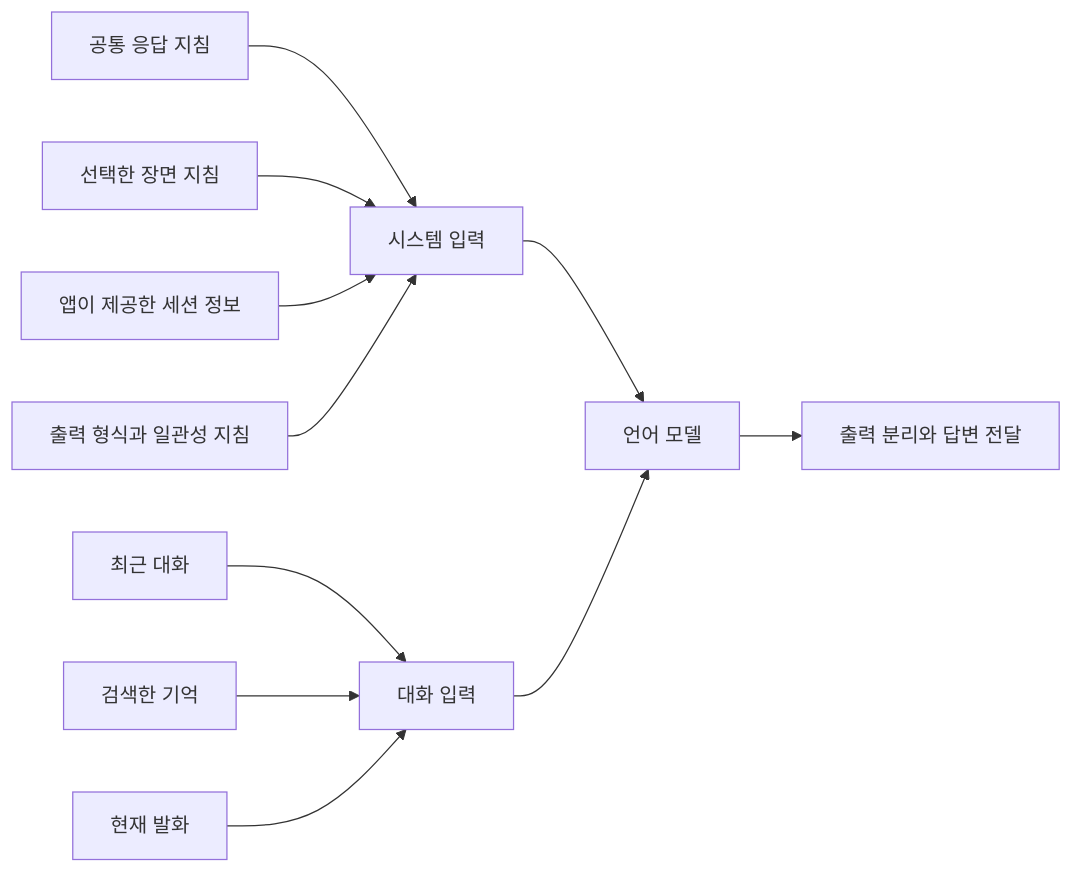
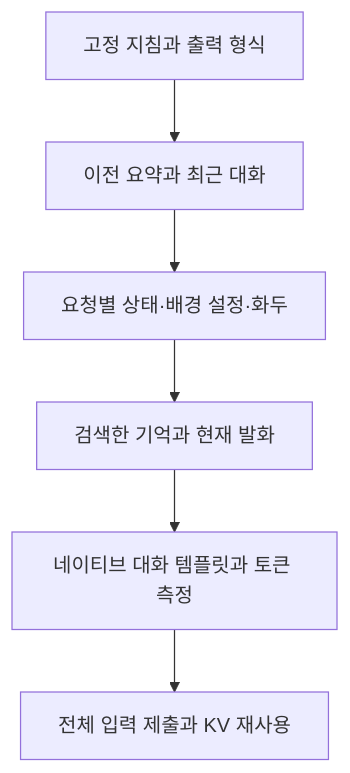
Before and after one commit to pysunn14/docs-beolmuri-ai: the diagram in src/content/docs/technical-series/dialogue/response-construction.md, drawn with Mermaid. The commit also changed other lines of this file and 21 other files, not shown here.

Commit message:
docs: refresh shared runtime, dialogue and memory architecture

````diff
--- a/src/content/docs/technical-series/dialogue/response-construction.md
+++ b/src/content/docs/technical-series/dialogue/response-construction.md
@@ -12,13 +10,8 @@
 ```mermaid
-flowchart LR
-    A[공통 응답 지침] --> S[시스템 입력]
-    B[선택한 장면 지침] --> S
-    C[앱이 제공한 세션 정보] --> S
-    D[출력 형식과 일관성 지침] --> S
-    H[최근 대화] --> I[대화 입력]
-    M[검색한 기억] --> I
-    U[현재 발화] --> I
-    S --> G[언어 모델]
-    I --> G
-    G --> O[출력 분리와 답변 전달]
+flowchart TD
+    A[고정 지침과 출력 형식] --> B[이전 요약과 최근 대화]
+    B --> C[요청별 상태·배경 설정·화두]
+    C --> D[검색한 기억과 현재 발화]
+    D --> E[네이티브 대화 템플릿과 토큰 측정]
+    E --> F[전체 입력 제출과 KV 재사용]
 ```
````
